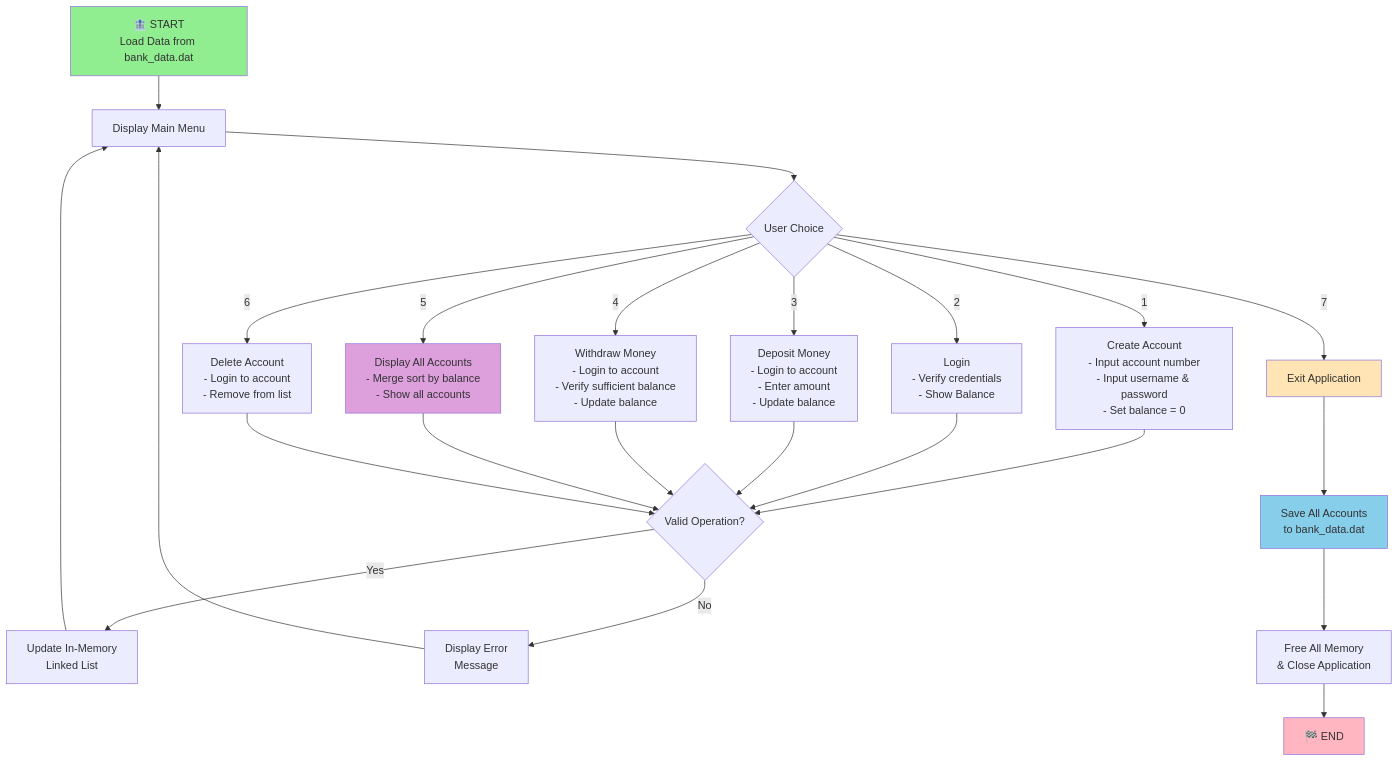
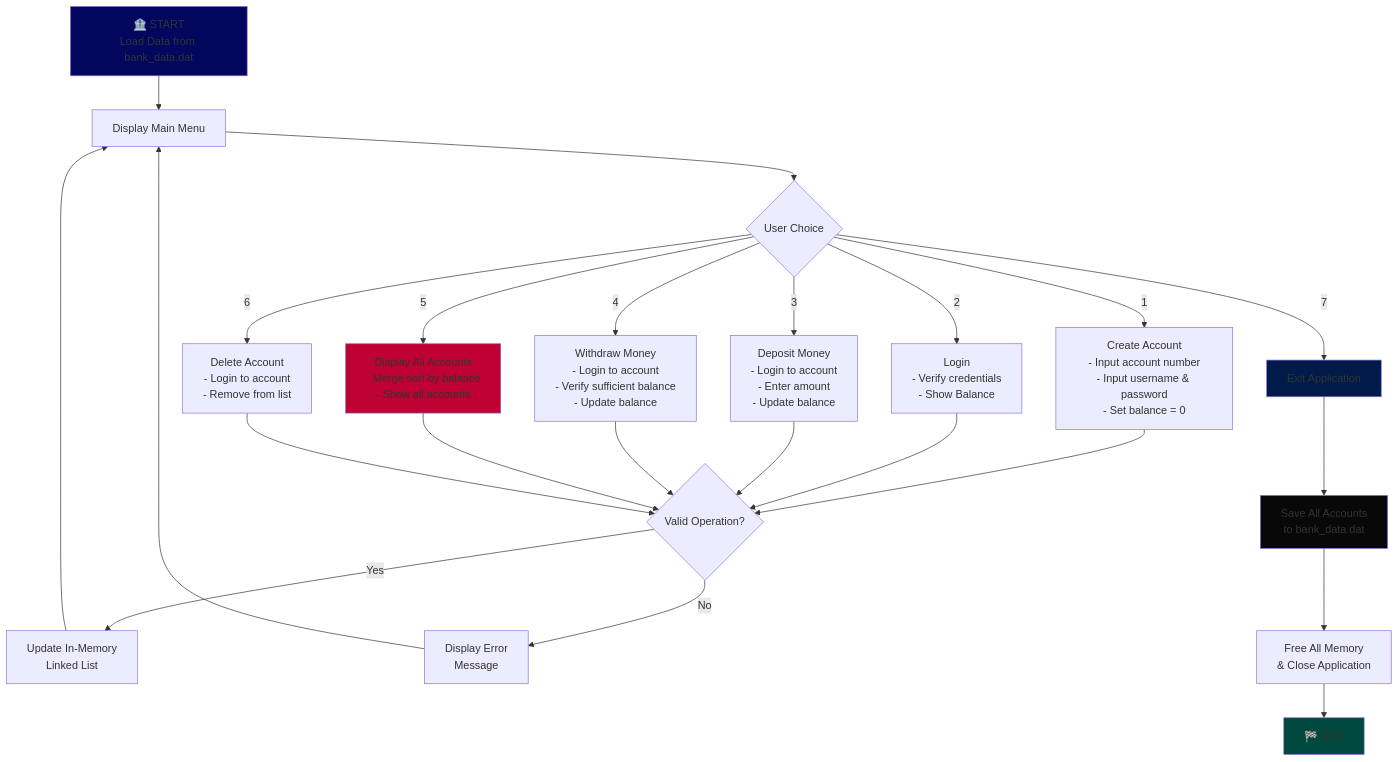
One commit to ShreehariMB28/Bank-Management-System changed the diagram in README.md. Above: the diagram before and after it, drawn with Mermaid.

Commit message:
Update styles in README diagram

````diff
--- a/README.md
+++ b/README.md
@@ -85,36 +85,36 @@
 ```mermaid
 flowchart TD
     A["🏦 START<br/>Load Data from bank_data.dat"] --> B["Display Main Menu"]
     B --> C{"User Choice"}
     
     C -->|1| D["Create Account<br/>- Input account number<br/>- Input username & password<br/>- Set balance = 0"]
     C -->|2| E["Login<br/>- Verify credentials<br/>- Show Balance"]
     C -->|3| F["Deposit Money<br/>- Login to account<br/>- Enter amount<br/>- Update balance"]
     C -->|4| G["Withdraw Money<br/>- Login to account<br/>- Verify sufficient balance<br/>- Update balance"]
     C -->|5| H["Display All Accounts<br/>- Merge sort by balance<br/>- Show all accounts"]
     C -->|6| I["Delete Account<br/>- Login to account<br/>- Remove from list"]
     C -->|7| J["Exit Application"]
     
     D --> K{Valid Operation?}
     E --> K
     F --> K
     G --> K
     H --> K
     I --> K
     
     K -->|Yes| L["Update In-Memory<br/>Linked List"]
     K -->|No| M["Display Error<br/>Message"]
     
     L --> B
     M --> B
     
     J --> N["Save All Accounts<br/>to bank_data.dat"]
     N --> O["Free All Memory<br/>& Close Application"]
     O --> P["🏁 END"]
     
-    style A fill:#90EE90
-    style P fill:#FFB6C1
-    style J fill:#FFE4B5
-    style N fill:#87CEEB
-    style H fill:#DDA0DD
+    style A fill:#02075d
+    style P fill:#00493e
+    style J fill:#001b4a
+    style N fill:#080808
+    style H fill:#be0032
 ```
````
